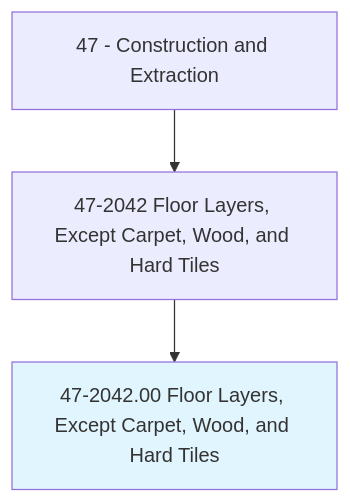
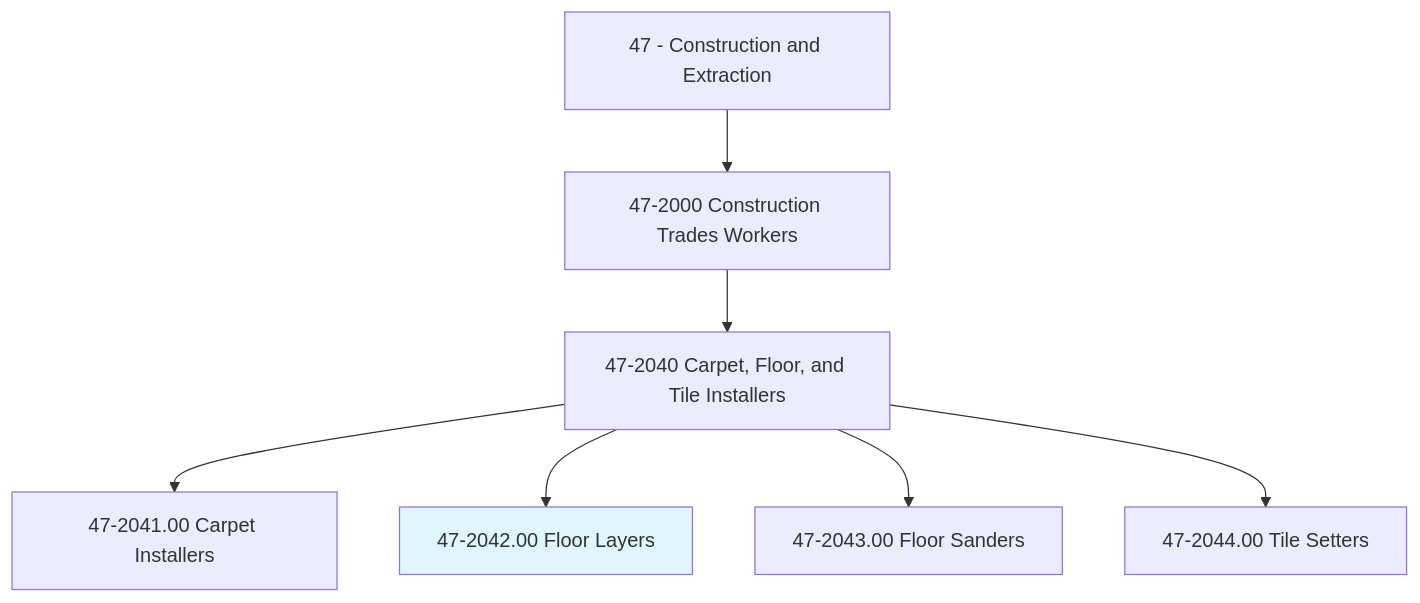
One commit to kziemski/business.org.ai changed the first of 4 diagrams in occupations/Construction/FloorLayersExceptCarpetWoodAndHardTiles.mdx. Above: the diagram before and after it, drawn with Mermaid. The commit also changed other lines of this file and 938 other files, not shown here.

````diff
--- a/occupations/Construction/FloorLayersExceptCarpetWoodAndHardTiles.mdx
+++ b/occupations/Construction/FloorLayersExceptCarpetWoodAndHardTiles.mdx
@@ -19,6 +23,10 @@
 ```mermaid
 graph TD
-    Cat47["47 - Construction and Extraction"] --> Group472042["47-2042 Floor Layers, Except Carpet, Wood, and Hard Tiles"]
-    Group472042 --> Current["47-2042.00 Floor Layers, Except Carpet, Wood, and Hard Tiles"]
+    Cat47["47 - Construction and Extraction"] --> Group472["47-2000 Construction Trades Workers"]
+    Group472 --> Group4720["47-2040 Carpet, Floor, and Tile Installers"]
+    Group4720 --> Carpet["47-2041.00 Carpet Installers"]
+    Group4720 --> Current["47-2042.00 Floor Layers"]
+    Group4720 --> Sand["47-2043.00 Floor Sanders"]
+    Group4720 --> Tile["47-2044.00 Tile Setters"]
     style Current fill:#e1f5fe
 ```
````
